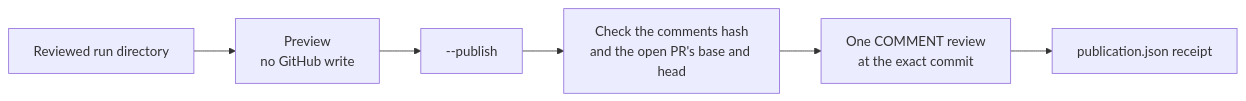
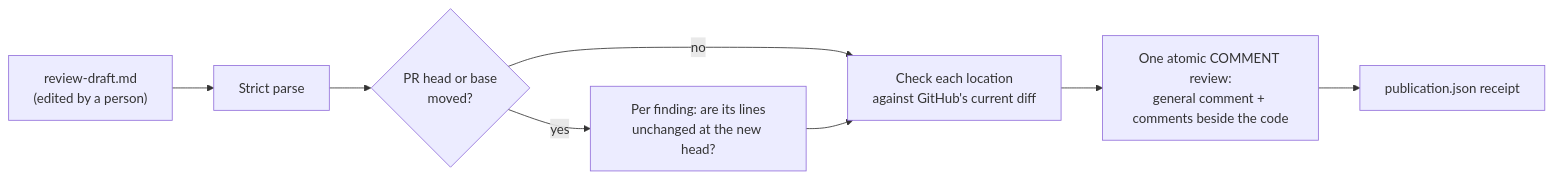
One commit to somr/awscao_agenticwflw changed the fifth of 5 diagrams in agentic-sdlc-docs/workflows/source-review.md. Above: the diagram before and after it, drawn with Mermaid. The commit also changed other lines of this file and 5 other files, not shown here.

First line of the commit message:
Document the editable review draft and comments beside the code

````diff
--- a/agentic-sdlc-docs/workflows/source-review.md
+++ b/agentic-sdlc-docs/workflows/source-review.md
@@ -274,8 +303,10 @@
 ```mermaid
 flowchart LR
-    RUN["Reviewed run directory"] --> PRE["Preview<br/>no GitHub write"]
-    PRE --> POST["--publish"]
-    POST --> CHK["Check the comments hash<br/>and the open PR's base and head"]
-    CHK --> REVW["One COMMENT review<br/>at the exact commit"]
+    DR["review-draft.md<br/>(edited by a person)"] --> PARSE["Strict parse"]
+    PARSE --> PR{"PR head or base<br/>moved?"}
+    PR -- no --> LOC["Check each location<br/>against GitHub's current diff"]
+    PR -- yes --> CUR["Per finding: are its lines<br/>unchanged at the new head?"]
+    CUR --> LOC
+    LOC --> REVW["One atomic COMMENT review:<br/>general comment + comments beside the code"]
     REVW --> REC["publication.json receipt"]
 ```
````
